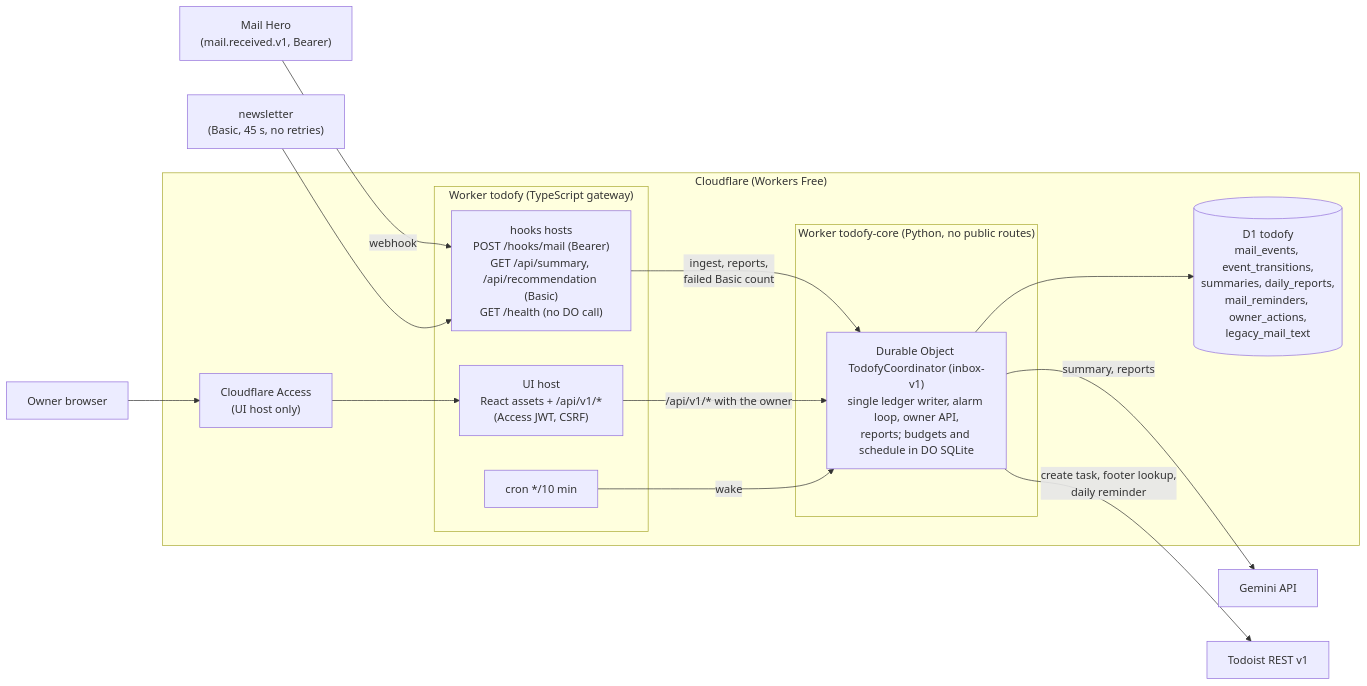
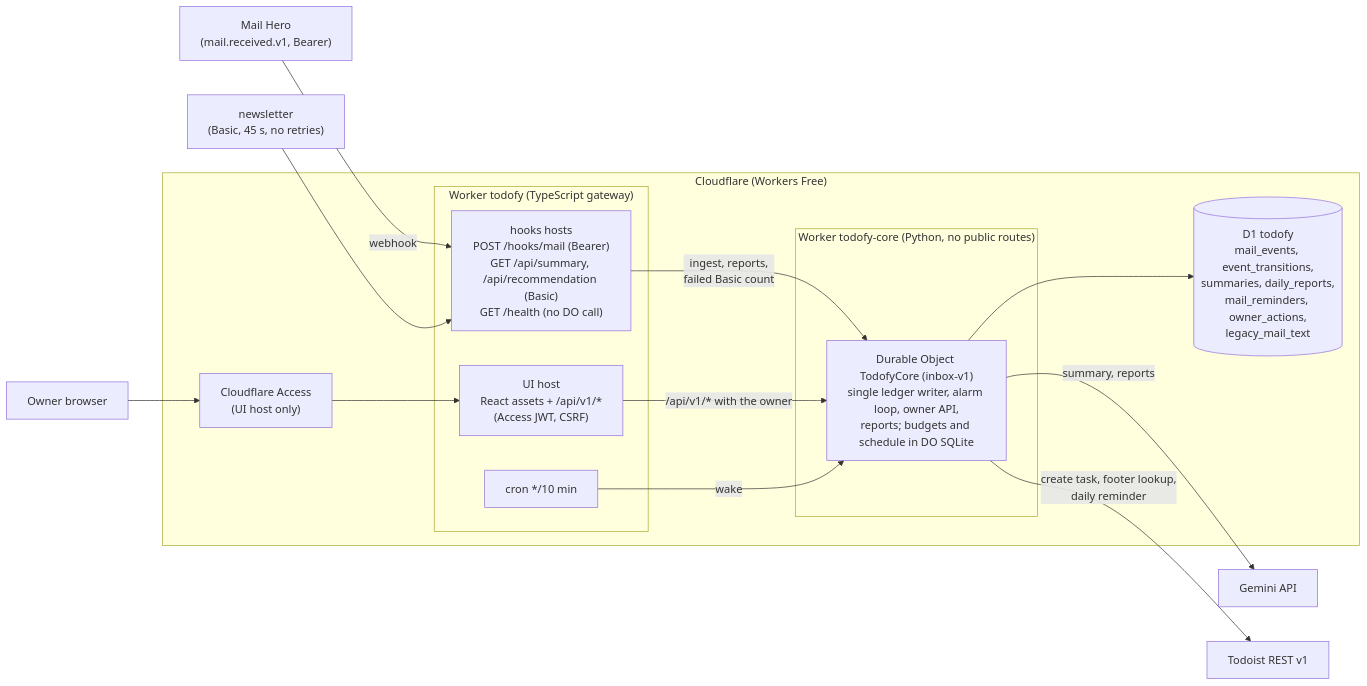
The first of 2 diagrams in architecture-diagram.md (ziyixi/todofy), drawn with Mermaid before and after one commit. The commit also changed 20 other files, not shown here.

First line of the commit message:
Rename the core Durable Object class to TodofyCore

````diff
--- a/architecture-diagram.md
+++ b/architecture-diagram.md
@@ -11,32 +11,32 @@
 ```mermaid
 flowchart LR
     MH["Mail Hero<br/>(mail.received.v1, Bearer)"]
     NL["newsletter<br/>(Basic, 45 s, no retries)"]
     Owner["Owner browser"]
 
     subgraph CF["Cloudflare (Workers Free)"]
         Access["Cloudflare Access<br/>(UI host only)"]
         subgraph W["Worker todofy (TypeScript gateway)"]
             Hooks["hooks hosts<br/>POST /hooks/mail (Bearer)<br/>GET /api/summary, /api/recommendation (Basic)<br/>GET /health (no DO call)"]
             OwnerAPI["UI host<br/>React assets + /api/v1/*<br/>(Access JWT, CSRF)"]
             Cron["cron */10 min"]
         end
         subgraph C["Worker todofy-core (Python, no public routes)"]
-            DO["Durable Object TodofyCoordinator (inbox-v1)<br/>single ledger writer, alarm loop, owner API,<br/>reports; budgets and schedule in DO SQLite"]
+            DO["Durable Object TodofyCore (inbox-v1)<br/>single ledger writer, alarm loop, owner API,<br/>reports; budgets and schedule in DO SQLite"]
         end
         D1[("D1 todofy<br/>mail_events, event_transitions,<br/>summaries, daily_reports,<br/>mail_reminders, owner_actions,<br/>legacy_mail_text")]
     end
 
     Gemini["Gemini API"]
     Todoist["Todoist REST v1"]
 
     MH -->|webhook| Hooks
     NL --> Hooks
     Owner --> Access --> OwnerAPI
     Hooks -->|ingest, reports,<br/>failed Basic count| DO
     OwnerAPI -->|/api/v1/* with the owner| DO
     Cron -->|wake| DO
     DO --> D1
     DO -->|summary, reports| Gemini
     DO -->|create task, footer lookup,<br/>daily reminder| Todoist
 ```
````
